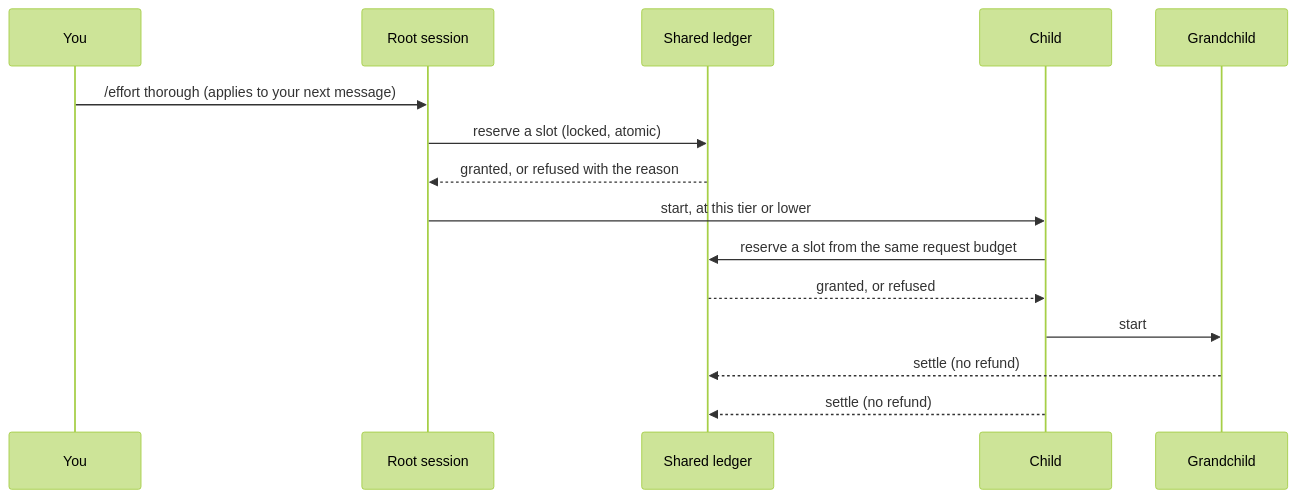
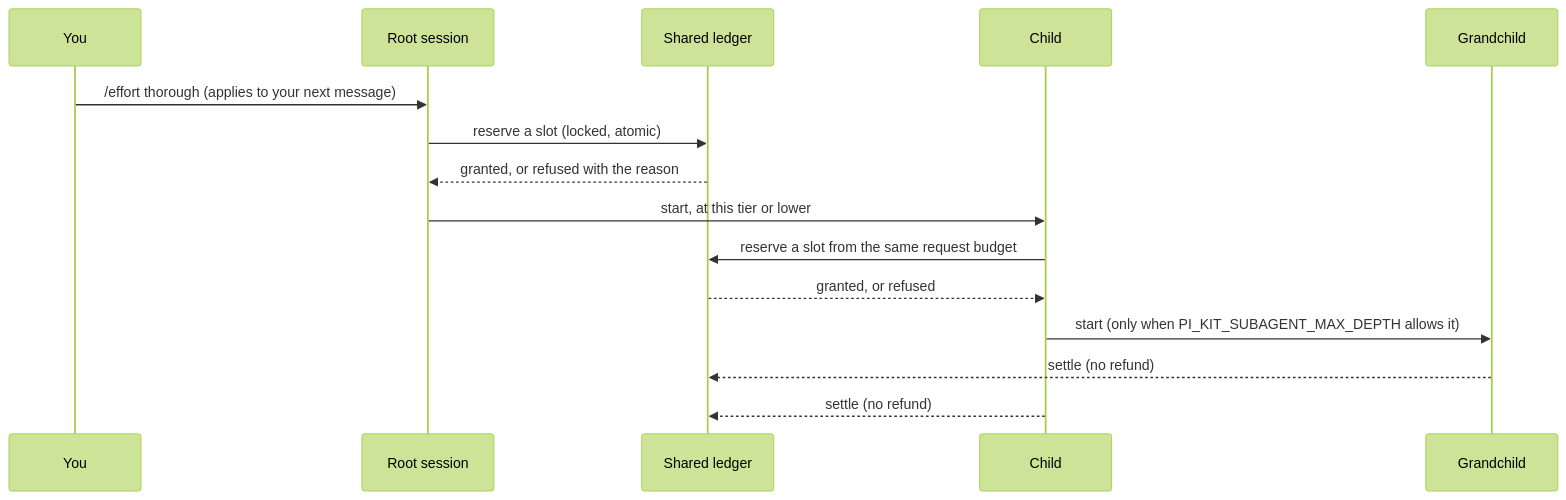
The diagram in docs/effort.md (SATUNIX/luna), drawn with Mermaid (forest theme) before and after one commit. The commit also changed other lines of this file and 13 other files, not shown here.

````diff
--- a/docs/effort.md
+++ b/docs/effort.md
@@ -84,17 +85,17 @@
 ```mermaid
 sequenceDiagram
     participant You
     participant Root as Root session
     participant Ledger as Shared ledger
     participant Child
     participant Grand as Grandchild
     You->>Root: /effort thorough (applies to your next message)
     Root->>Ledger: reserve a slot (locked, atomic)
     Ledger-->>Root: granted, or refused with the reason
     Root->>Child: start, at this tier or lower
     Child->>Ledger: reserve a slot from the same request budget
     Ledger-->>Child: granted, or refused
-    Child->>Grand: start
+    Child->>Grand: start (only when PI_KIT_SUBAGENT_MAX_DEPTH allows it)
     Grand-->>Ledger: settle (no refund)
     Child-->>Ledger: settle (no refund)
 ```
````
